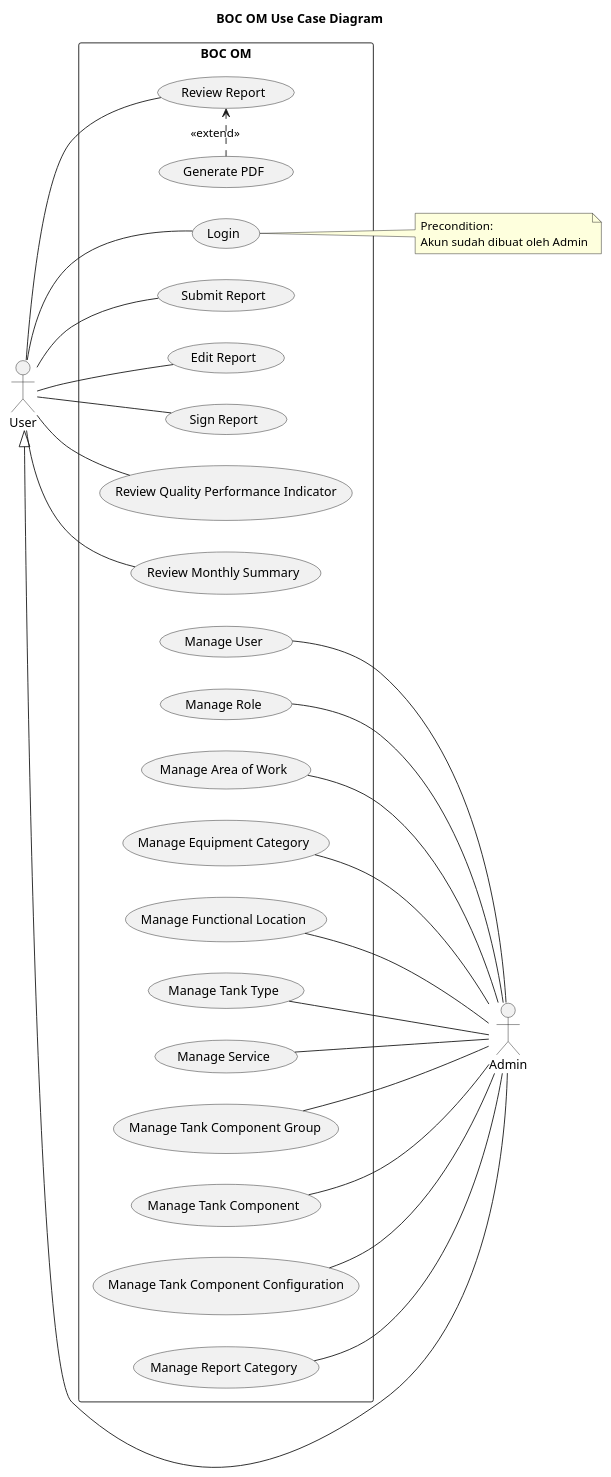
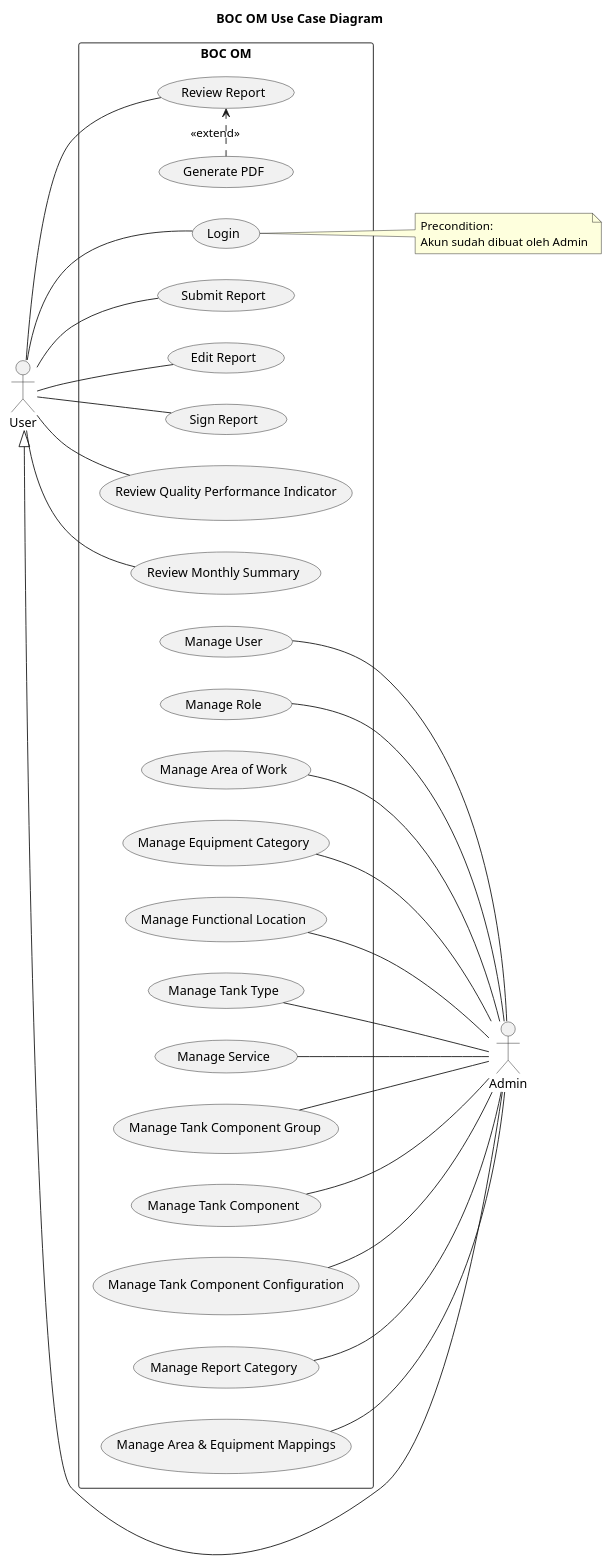
Before and after one commit to billdansr/kanban-boc-om: the first of 4 diagrams in Kanban/01-Requirements.md, drawn with PlantUML. The commit also changed other lines of this file and 3 other files, not shown here.

````diff
--- a/Kanban/01-Requirements.md
+++ b/Kanban/01-Requirements.md
@@ -3,62 +3,64 @@
 ```plantuml
 @startuml
 title BOC OM Use Case Diagram
 
 left to right direction
 
 actor "User" as user
 actor "Admin" as admin
 
 user <|-- admin
 
 rectangle "BOC OM" {
   (Login) as login
   (Submit Report) as report
   (Review Report) as review
   (Edit Report) as edit
   (Sign Report) as sign
   (Generate PDF) as generatepdf
   (Review Quality Performance Indicator) as qpi
   (Review Monthly Summary) as summary
   
   (Manage User) as manageuser
   (Manage Role) as managerole
   (Manage Area of Work) as managearea
   (Manage Equipment Category) as manageequipment
   (Manage Functional Location) as managelocation
   (Manage Tank Type) as managetanktype
   (Manage Service) as manageservice
   (Manage Tank Component Group) as managetankcomponentgroup
   (Manage Tank Component) as managetankcomponent
   (Manage Tank Component Configuration) as managetankcomponentconfiguration
   (Manage Report Category) as managereportcategory
+  (Manage Area & Equipment Mappings) as manageareaequipment
   
   generatepdf .> review : <<extend>>
 }
 
 user -- login
 user -- report
 user -- review
 user -- edit
 user -- sign
 user -- qpi
 user -- summary
 
 manageuser -- admin
 managerole -- admin
 managearea -- admin
 manageequipment -- admin
 managelocation -- admin
 managetanktype -- admin
 manageservice -- admin
 managetankcomponentgroup -- admin
 managetankcomponent -- admin
 managetankcomponentconfiguration -- admin
 managereportcategory -- admin
+manageareaequipment -- admin
 
 note right of login
   Precondition:
   Akun sudah dibuat oleh Admin
 end note
 @enduml
 ```
````
